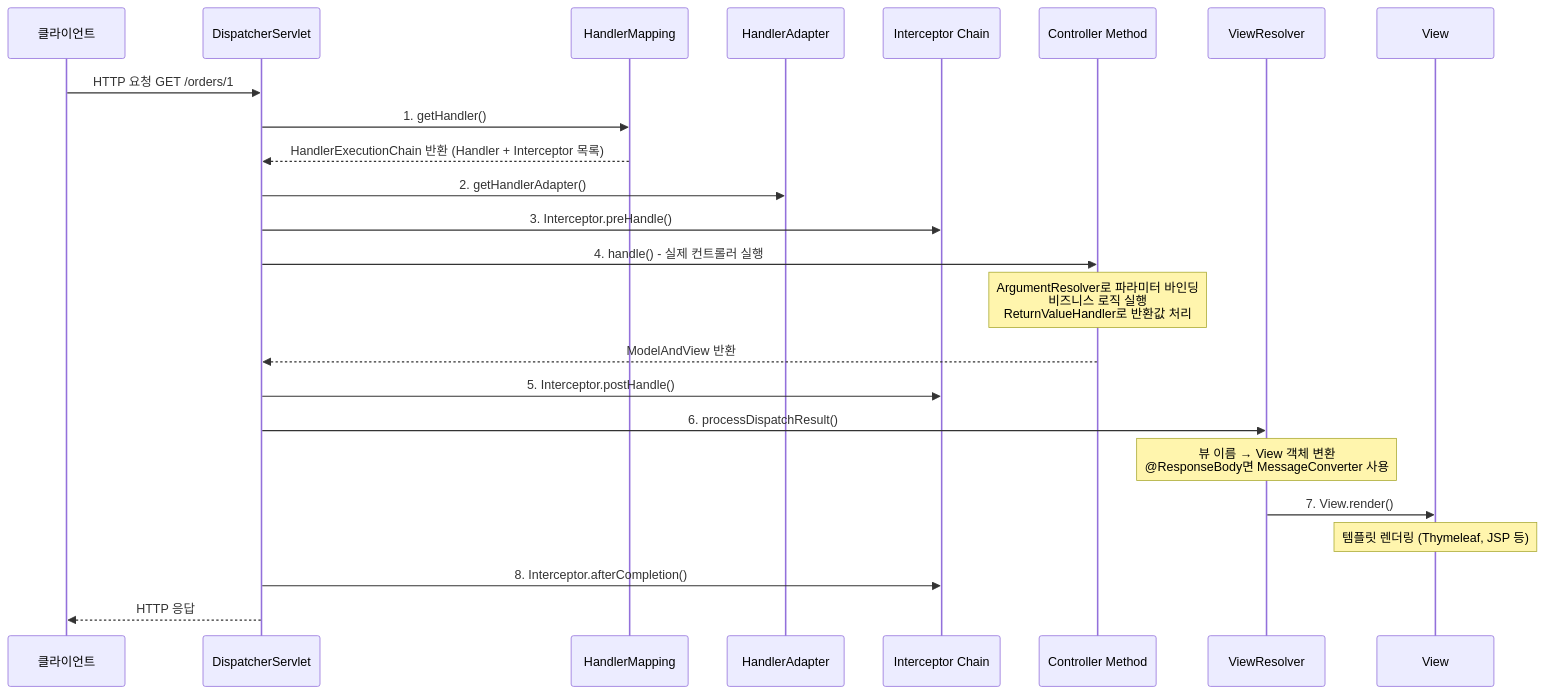
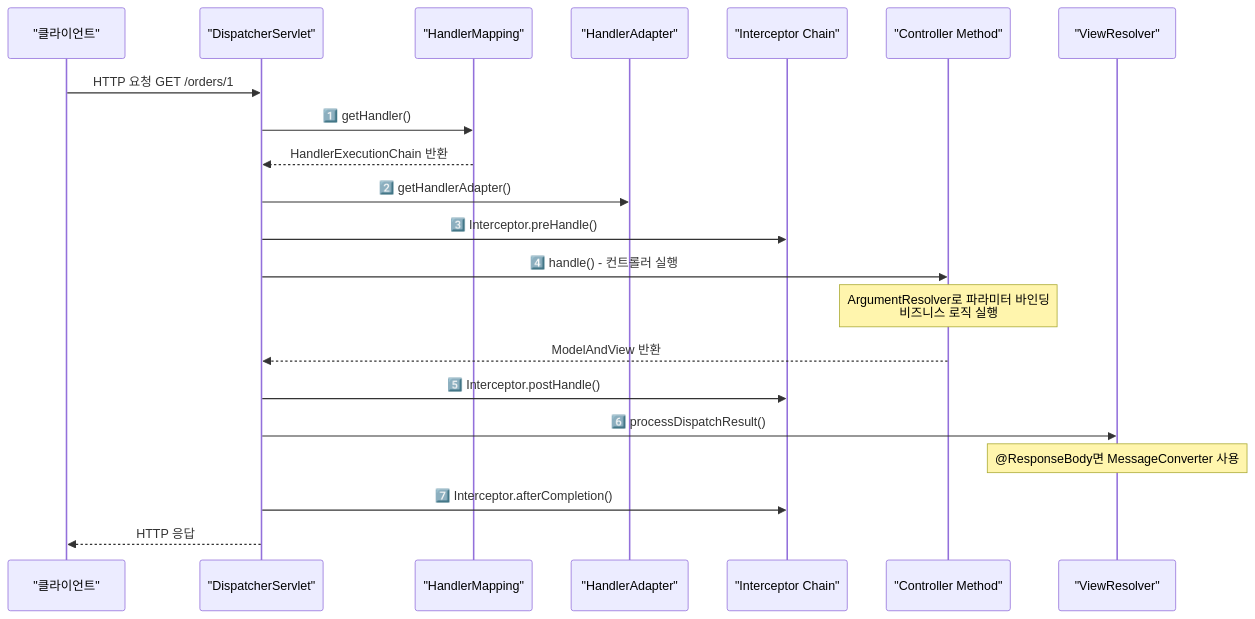
Before and after one commit to yjkim2015/yjkim2015.github.io: the third of 6 diagrams in _posts/spring/2026-05-01-spring-mvc.md, drawn with Mermaid. The commit also changed other lines of this file and 34 other files, not shown here.

First line of the commit message:
Full quality pass: 41 files — ASCII removed, 동작원리 보강, diagrams

```diff
--- a/_posts/spring/2026-05-01-spring-mvc.md
+++ b/_posts/spring/2026-05-01-spring-mvc.md
@@ -41,27 +57,24 @@
 <div class="mermaid">
 sequenceDiagram
-    participant C as 클라이언트
-    participant DS as DispatcherServlet
-    participant HM as HandlerMapping
-    participant HA as HandlerAdapter
-    participant IC as Interceptor Chain
-    participant CM as Controller Method
-    participant VR as ViewResolver
-    participant V as View
+    participant C as "클라이언트"
+    participant DS as "DispatcherServlet"
+    participant HM as "HandlerMapping"
+    participant HA as "HandlerAdapter"
+    participant IC as "Interceptor Chain"
+    participant CM as "Controller Method"
+    participant VR as "ViewResolver"
 
     C->>DS: HTTP 요청 GET /orders/1
-    DS->>HM: 1. getHandler()
-    HM-->>DS: HandlerExecutionChain 반환 (Handler + Interceptor 목록)
-    DS->>HA: 2. getHandlerAdapter()
-    DS->>IC: 3. Interceptor.preHandle()
-    DS->>CM: 4. handle() - 실제 컨트롤러 실행
-    Note over CM: ArgumentResolver로 파라미터 바인딩<br>비즈니스 로직 실행<br>ReturnValueHandler로 반환값 처리
+    DS->>HM: 1️⃣ getHandler()
+    HM-->>DS: HandlerExecutionChain 반환
+    DS->>HA: 2️⃣ getHandlerAdapter()
+    DS->>IC: 3️⃣ Interceptor.preHandle()
+    DS->>CM: 4️⃣ handle() - 컨트롤러 실행
+    Note over CM: ArgumentResolver로 파라미터 바인딩<br>비즈니스 로직 실행
     CM-->>DS: ModelAndView 반환
-    DS->>IC: 5. Interceptor.postHandle()
-    DS->>VR: 6. processDispatchResult()
-    Note over VR: 뷰 이름 → View 객체 변환<br>@ResponseBody면 MessageConverter 사용
-    VR->>V: 7. View.render()
-    Note over V: 템플릿 렌더링 (Thymeleaf, JSP 등)
-    DS->>IC: 8. Interceptor.afterCompletion()
+    DS->>IC: 5️⃣ Interceptor.postHandle()
+    DS->>VR: 6️⃣ processDispatchResult()
+    Note over VR: @ResponseBody면 MessageConverter 사용
+    DS->>IC: 7️⃣ Interceptor.afterCompletion()
     DS-->>C: HTTP 응답
 </div>
```
